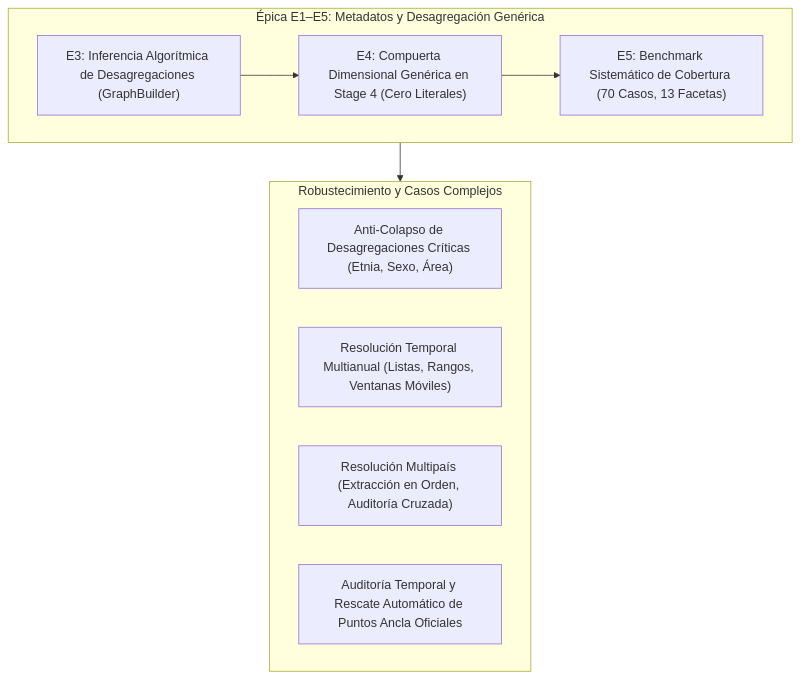
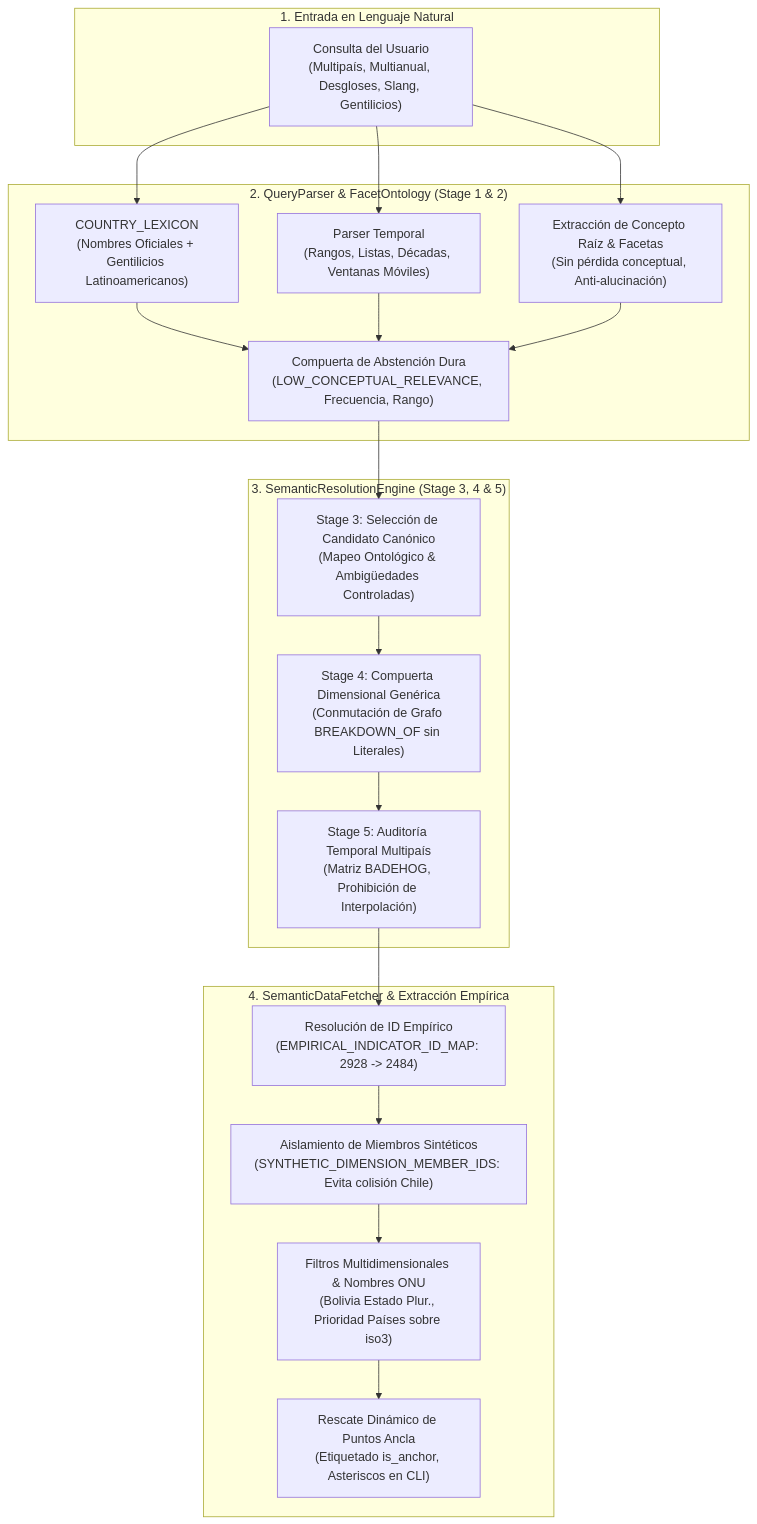
The diagram in docs/reports/resumen_avances_motor_semantico.md (pcamacho447/unofficial-cepalstat-mcp), drawn with Mermaid before and after one commit. The commit also changed other lines of this file, not shown here.

Commit message:
docs(reports): update consolidated semantic engine report with catalog alignment and fetch hardening milestones

````diff
--- a/docs/reports/resumen_avances_motor_semantico.md
+++ b/docs/reports/resumen_avances_motor_semantico.md
@@ -14,16 +14,29 @@
 ```mermaid
 flowchart TD
-    subgraph Epica_E1_E5["Épica E1–E5: Metadatos y Desagregación Genérica"]
-        E3["E3: Inferencia Algorítmica de Desagregaciones (GraphBuilder)"] --> E4["E4: Compuerta Dimensional Genérica en Stage 4 (Cero Literales)"]
-        E4 --> E5["E5: Benchmark Sistemático de Cobertura (70 Casos, 13 Facetas)"]
+    subgraph Entrada["1. Entrada en Lenguaje Natural"]
+        Q["Consulta del Usuario\n(Multipaís, Multianual, Desgloses, Slang, Gentilicios)"]
     end
 
-    subgraph Resolucion_Avanzada["Robustecimiento y Casos Complejos"]
-        G1["Anti-Colapso de Desagregaciones Críticas (Etnia, Sexo, Área)"]
-        G2["Resolución Temporal Multianual (Listas, Rangos, Ventanas Móviles)"]
-        G3["Resolución Multipaís (Extracción en Orden, Auditoría Cruzada)"]
-        G4["Auditoría Temporal y Rescate Automático de Puntos Ancla Oficiales"]
+    subgraph Parser["2. QueryParser & FacetOntology (Stage 1 & 2)"]
+        Lex["COUNTRY_LEXICON\n(Nombres Oficiales + Gentilicios Latinoamericanos)"]
+        Time["Parser Temporal\n(Rangos, Listas, Décadas, Ventanas Móviles)"]
+        Concept["Extracción de Concepto Raíz & Facetas\n(Sin pérdida conceptual, Anti-alucinación)"]
+        Abst["Compuerta de Abstención Dura\n(LOW_CONCEPTUAL_RELEVANCE, Frecuencia, Rango)"]
     end
 
-    Epica_E1_E5 --> Resolucion_Avanzada
+    subgraph Engine["3. SemanticResolutionEngine (Stage 3, 4 & 5)"]
+        Cand["Stage 3: Selección de Candidato Canónico\n(Mapeo Ontológico & Ambigüedades Controladas)"]
+        Graph["Stage 4: Compuerta Dimensional Genérica\n(Conmutación de Grafo BREAKDOWN_OF sin Literales)"]
+        Audit["Stage 5: Auditoría Temporal Multipaís\n(Matriz BADEHOG, Prohibición de Interpolación)"]
+    end
+
+    subgraph Fetcher["4. SemanticDataFetcher & Extracción Empírica"]
+        Map["Resolución de ID Empírico\n(EMPIRICAL_INDICATOR_ID_MAP: 2928 -> 2484)"]
+        Strip["Aislamiento de Miembros Sintéticos\n(SYNTHETIC_DIMENSION_MEMBER_IDS: Evita colisión Chile)"]
+        Filter["Filtros Multidimensionales & Nombres ONU\n(Bolivia Estado Plur., Prioridad Países sobre iso3)"]
+        Rescue["Rescate Dinámico de Puntos Ancla\n(Etiquetado is_anchor, Asteriscos en CLI)"]
+    end
+
+    Q --> Lex & Time & Concept
+    Lex & Time & Concept --> Abst --> Cand --> Graph --> Audit --> Map --> Strip --> Filter --> Rescue
 ```
````
